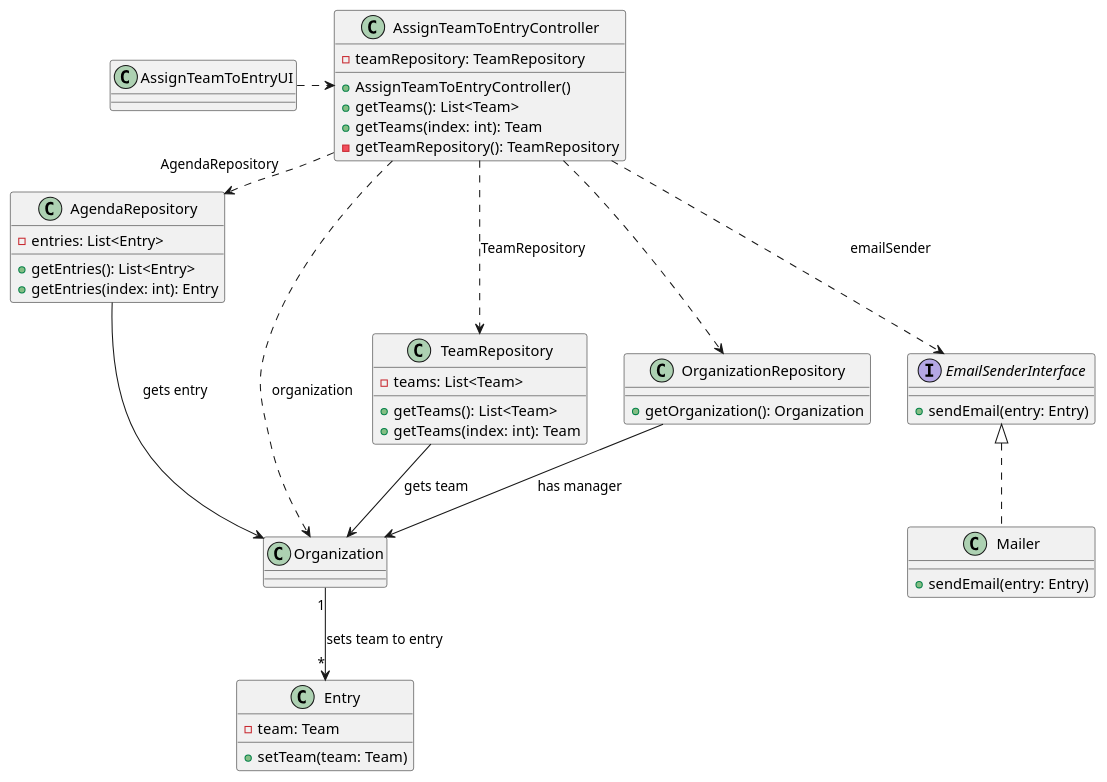
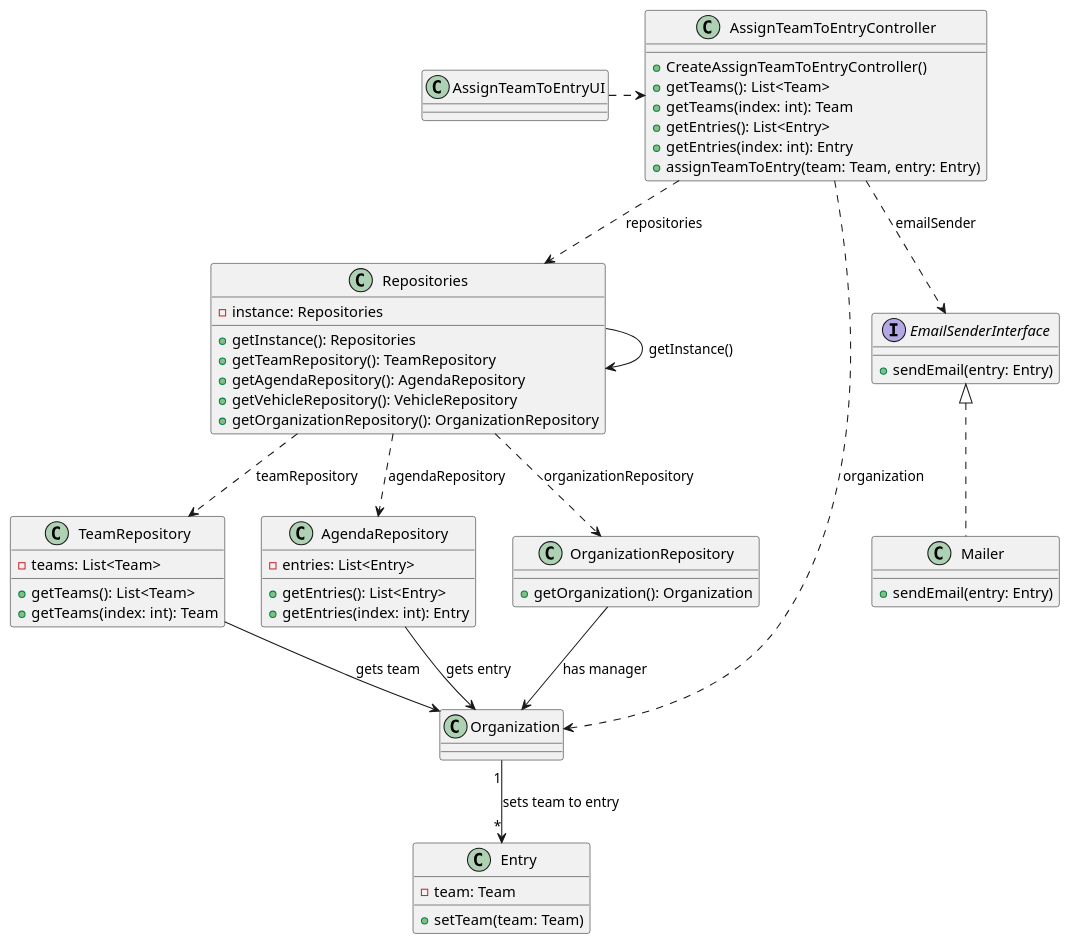
One commit to Departamento-de-Engenharia-Informatica/lei-24-s2-1df-1de-g063 changed the diagram in docs/SprintC/us23/03.design/puml/us023-class-diagram.puml. Above: the diagram before and after it, drawn with PlantUML. The commit also changed 3 other files, not shown here.

```diff
--- a/docs/SprintC/us23/03.design/puml/us023-class-diagram.puml
+++ b/docs/SprintC/us23/03.design/puml/us023-class-diagram.puml
@@ -1,59 +1,71 @@
 @startuml
 
-class AssignTeamToEntryController {
-    -teamRepository: TeamRepository
-    +AssignTeamToEntryController()
+class AssignTeamToEntryController{
+   +CreateAssignTeamToEntryController()
     +getTeams(): List<Team>
     +getTeams(index: int): Team
-    -getTeamRepository(): TeamRepository
+    +getEntries(): List<Entry>
+    +getEntries(index: int): Entry
+    +assignTeamToEntry(team: Team, entry: Entry)
 }
 
 class AssignTeamToEntryUI {
 
+}
+
+class Repositories {
+    -instance: Repositories
+    +getInstance(): Repositories
+    +getTeamRepository(): TeamRepository
+    +getAgendaRepository(): AgendaRepository
+    +getVehicleRepository(): VehicleRepository
+    +getOrganizationRepository(): OrganizationRepository
 }
 
 class TeamRepository {
     -teams: List<Team>
     +getTeams(): List<Team>
     +getTeams(index: int): Team
 }
 
 class AgendaRepository {
     -entries: List<Entry>
     +getEntries(): List<Entry>
     +getEntries(index: int): Entry
 }
 
 class Entry {
     -team: Team
     +setTeam(team: Team)
 }
 
 class Organization {
 }
 
 class OrganizationRepository{
     +getOrganization(): Organization
 }
 
 interface EmailSenderInterface {
     +sendEmail(entry: Entry)
 }
 
 class Mailer {
     +sendEmail(entry: Entry)
 }
 
 AssignTeamToEntryUI .>  AssignTeamToEntryController
-AssignTeamToEntryController  ..>  TeamRepository : TeamRepository
-AssignTeamToEntryController  .> AgendaRepository : AgendaRepository
-TeamRepository  -->  Organization : gets team
-AssignTeamToEntryController  ..>  OrganizationRepository
+AssignTeamToEntryController  ..>  Repositories : repositories
+Repositories ..> TeamRepository : teamRepository
+Repositories ..> AgendaRepository : agendaRepository
+Repositories ..> OrganizationRepository : organizationRepository
+Repositories -> Repositories : getInstance()
+TeamRepository --> Organization : gets team
 OrganizationRepository  -->  Organization : has manager
 AgendaRepository  -->  Organization : gets entry
 Organization "1" --> "*" Entry : sets team to entry
 AssignTeamToEntryController  .>  Organization : organization
 AssignTeamToEntryController  ..>  EmailSenderInterface : emailSender
 EmailSenderInterface <|.. Mailer
 
 @enduml
```
